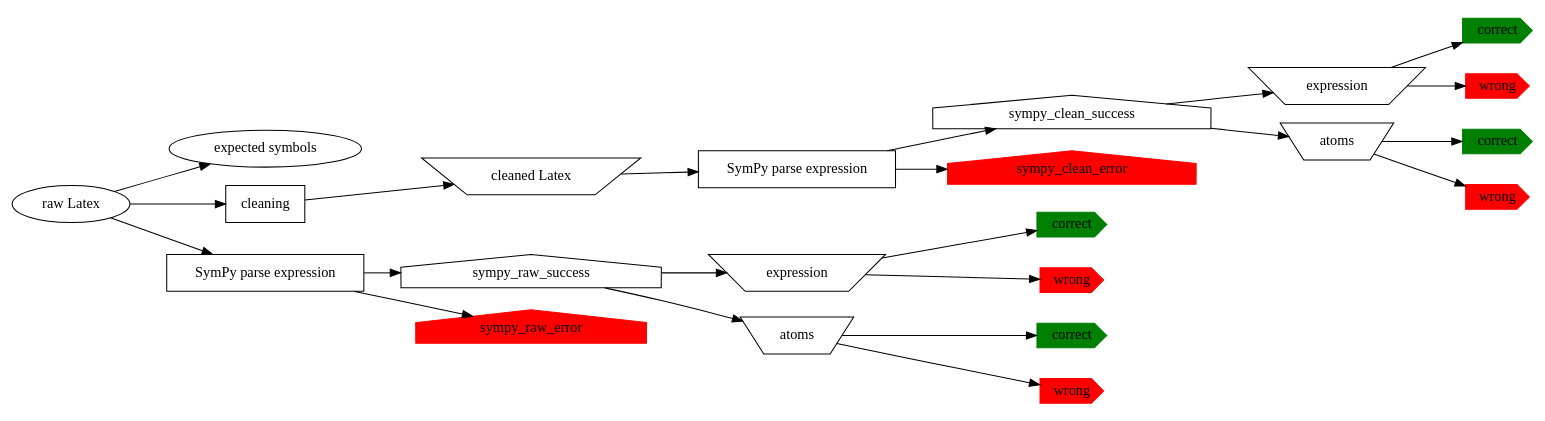
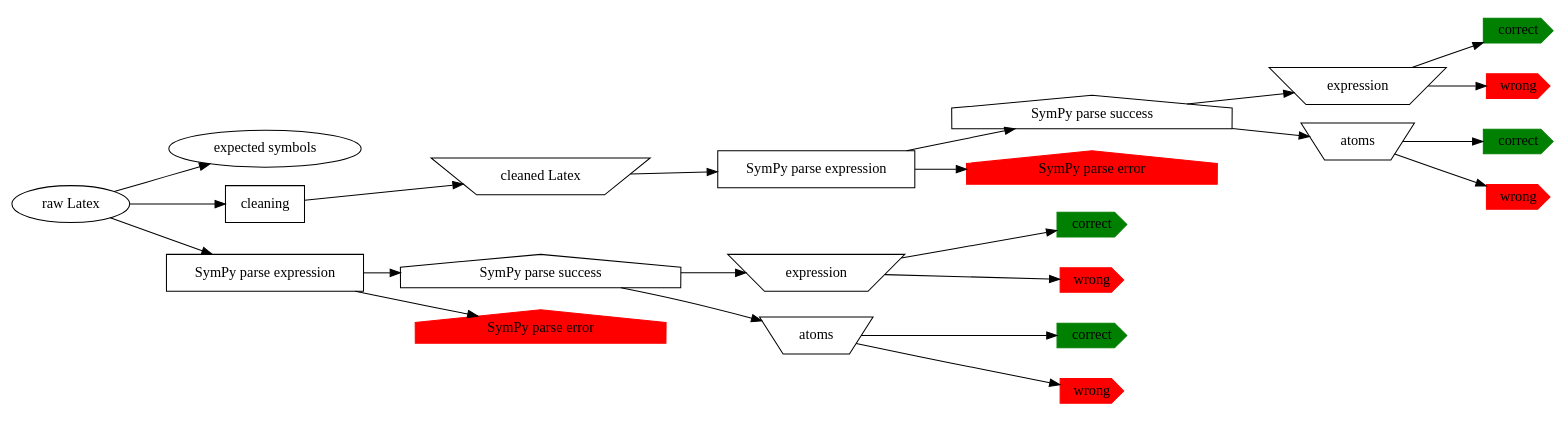
One commit to allofphysicsgraph/latex-example-expressions changed the diagram in decision_tree.dot. Above: the diagram before and after it, drawn with Graphviz. The commit also changed 3 other files, not shown here.

```diff
--- a/decision_tree.dot
+++ b/decision_tree.dot
@@ -1,74 +1,74 @@
 digraph G {
     rankdir="LR";
 
   "raw Latex" [shape="oval"]; // manual
   "expected symbols" [shape="oval"]; // manual
   
   "raw Latex" -> "expected symbols";
   
   "cleaning" [shape="rectangle"]; // action
   
   "raw Latex" -> "cleaning";
  
   "cleaned Latex" [shape="invtrapezium"]; // intermediate file
   
   "cleaning" -> "cleaned Latex";
   
   sympy_parse_raw [shape="rectangle" label="SymPy parse expression"]; // action
   
   "raw Latex" -> sympy_parse_raw;
 
   sympy_parse_clean [shape="rectangle" label="SymPy parse expression"]; // action
  
   "cleaned Latex" ->  sympy_parse_clean;
 
-  sympy_raw_success [shape="house"];
-  sympy_raw_error [shape="house" style=filled color=red];
+  sympy_raw_success [shape="house", label="SymPy parse success"];
+  sympy_raw_error [shape="house" style=filled color=red, label="SymPy parse error"];
 
   sympy_parse_raw -> sympy_raw_success;
   sympy_parse_raw -> sympy_raw_error;
 
-  sympy_clean_success [shape="house"];
-  sympy_clean_error [shape="house" style=filled color=red];
+  sympy_clean_success [shape="house", label="SymPy parse success"];
+  sympy_clean_error [shape="house" style=filled color=red, label="SymPy parse error"];
   
   sympy_parse_clean -> sympy_clean_success;
   sympy_parse_clean -> sympy_clean_error;
   
   raw_sympy_expr  [label="expression" shape="invtrapezium"]; // intermediate file
   raw_sympy_atoms  [label="atoms" shape="invtrapezium"]; // intermediate file
 
   sympy_raw_success -> raw_sympy_expr;
   sympy_raw_success -> raw_sympy_atoms;
 
   clean_sympy_expr  [label="expression" shape="invtrapezium"]; // intermediate file
   clean_sympy_atoms  [label="atoms" shape="invtrapezium"]; // intermediate file
   
   sympy_clean_success -> clean_sympy_expr;
   sympy_clean_success -> clean_sympy_atoms;
   
   sympy_clean_expr_correct [shape=cds style=filled color=green, label="correct"];
   sympy_clean_expr_wrong [shape=cds style=filled color=red, label="wrong"];
  
   clean_sympy_expr -> sympy_clean_expr_correct;
   clean_sympy_expr -> sympy_clean_expr_wrong;
 
   sympy_clean_atoms_correct [shape=cds style=filled color=green, label="correct"];
   sympy_clean_atoms_wrong [shape=cds style=filled color=red, label="wrong"];
  
   clean_sympy_atoms -> sympy_clean_atoms_correct;
   clean_sympy_atoms -> sympy_clean_atoms_wrong;
  
   sympy_raw_expr_correct [shape=cds style=filled color=green, label="correct"];
   sympy_raw_expr_wrong [shape=cds style=filled color=red, label="wrong"];
  
   raw_sympy_expr -> sympy_raw_expr_correct;
   raw_sympy_expr -> sympy_raw_expr_wrong;
 
   sympy_raw_atoms_correct [shape=cds style=filled color=green, label="correct"];
   sympy_raw_atoms_wrong [shape=cds style=filled color=red, label="wrong"];
  
   raw_sympy_atoms -> sympy_raw_atoms_correct;
   raw_sympy_atoms -> sympy_raw_atoms_wrong;
  
   
 }
```
